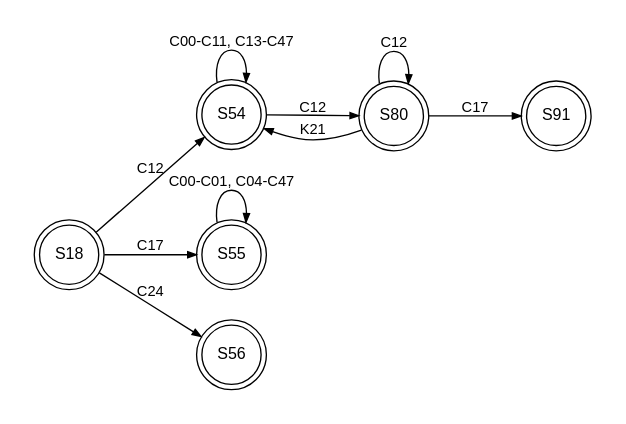
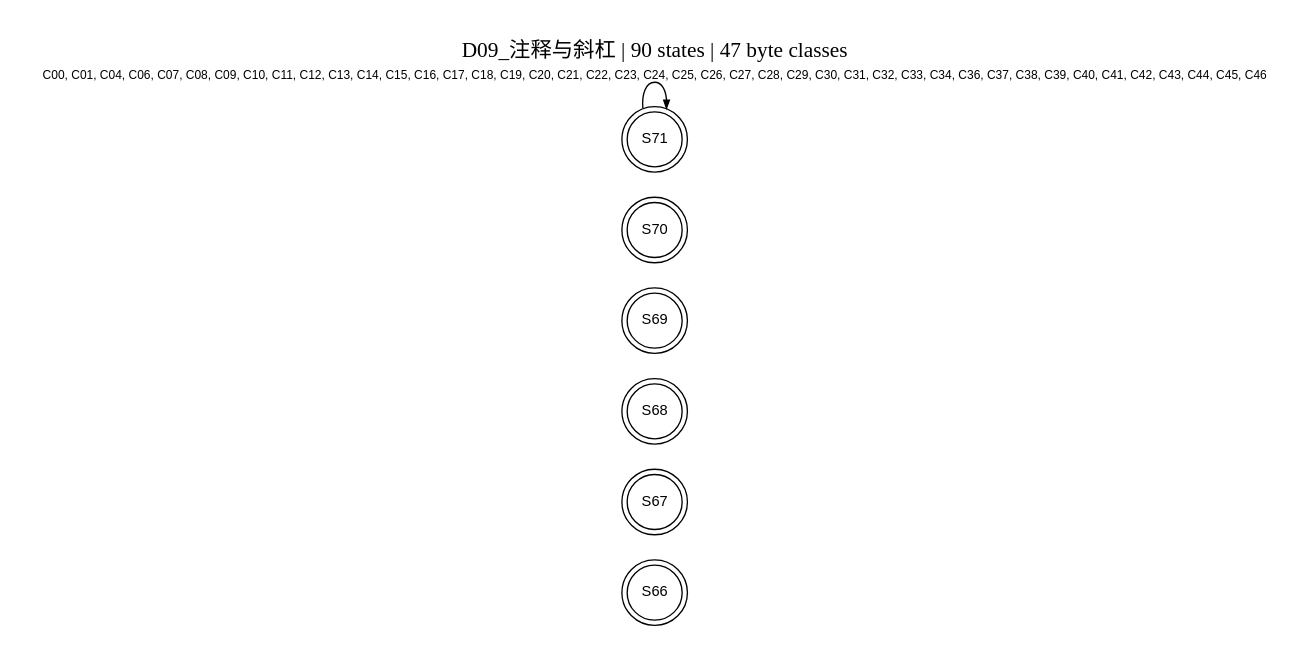
The diagram in 实验设计/LL1与图示/矢量图/D09_注释与斜杠.dot (EternalLonging/AAACompilerDevelopment), drawn with Graphviz before and after one commit. The commit also changed 86 other files, not shown here.

```diff
--- a/实验设计/LL1与图示/矢量图/D09_注释与斜杠.dot
+++ b/实验设计/LL1与图示/矢量图/D09_注释与斜杠.dot
@@ -1,16 +1,14 @@
-digraph G { graph [rankdir=LR, bgcolor="white", nodesep=0.3, ranksep=0.65, pad=0.25]; node [fontname="Arial", fontsize=12, shape=circle, width=0.55]; edge [fontname="Arial", fontsize=11, arrowsize=0.65];n18 [label="S18",shape=doublecircle,style=solid];
-n54 [label="S54",shape=doublecircle,style=solid];
-n55 [label="S55",shape=doublecircle,style=solid];
-n56 [label="S56",shape=doublecircle,style=solid];
-n80 [label="S80",shape=doublecircle,style=solid];
-n91 [label="S91",shape=doublecircle,style=solid];
-n18 -> n54 [label="C12"];
-n18 -> n55 [label="C17"];
-n18 -> n56 [label="C24"];
-n54 -> n54 [label="C00-C11, C13-C47"];
-n54 -> n80 [label="C12"];
-n55 -> n55 [label="C00-C01, C04-C47"];
-n80 -> n54 [label="K21"];
-n80 -> n80 [label="C12"];
-n80 -> n91 [label="C17"];
+digraph G {
+  graph [rankdir=LR, bgcolor="white", nodesep=0.25, ranksep=0.55, pad=0.25];
+  node [fontname="Arial", fontsize=11, shape=circle, width=0.55];
+  edge [fontname="Arial", fontsize=9, arrowsize=0.6];
+  label="D09_注释与斜杠 | 90 states | 47 byte classes";
+  labelloc="t"; fontsize=16;
+  n66 [label="S66", shape=doublecircle];
+  n67 [label="S67", shape=doublecircle];
+  n68 [label="S68", shape=doublecircle];
+  n69 [label="S69", shape=doublecircle];
+  n70 [label="S70", shape=doublecircle];
+  n71 [label="S71", shape=doublecircle];
+  n71 -> n71 [label="C00, C01, C04, C06, C07, C08, C09, C10, C11, C12, C13, C14, C15, C16, C17, C18, C19, C20, C21, C22, C23, C24, C25, C26, C27, C28, C29, C30, C31, C32, C33, C34, C36, C37, C38, C39, C40, C41, C42, C43, C44, C45, C46"];
 }
```
